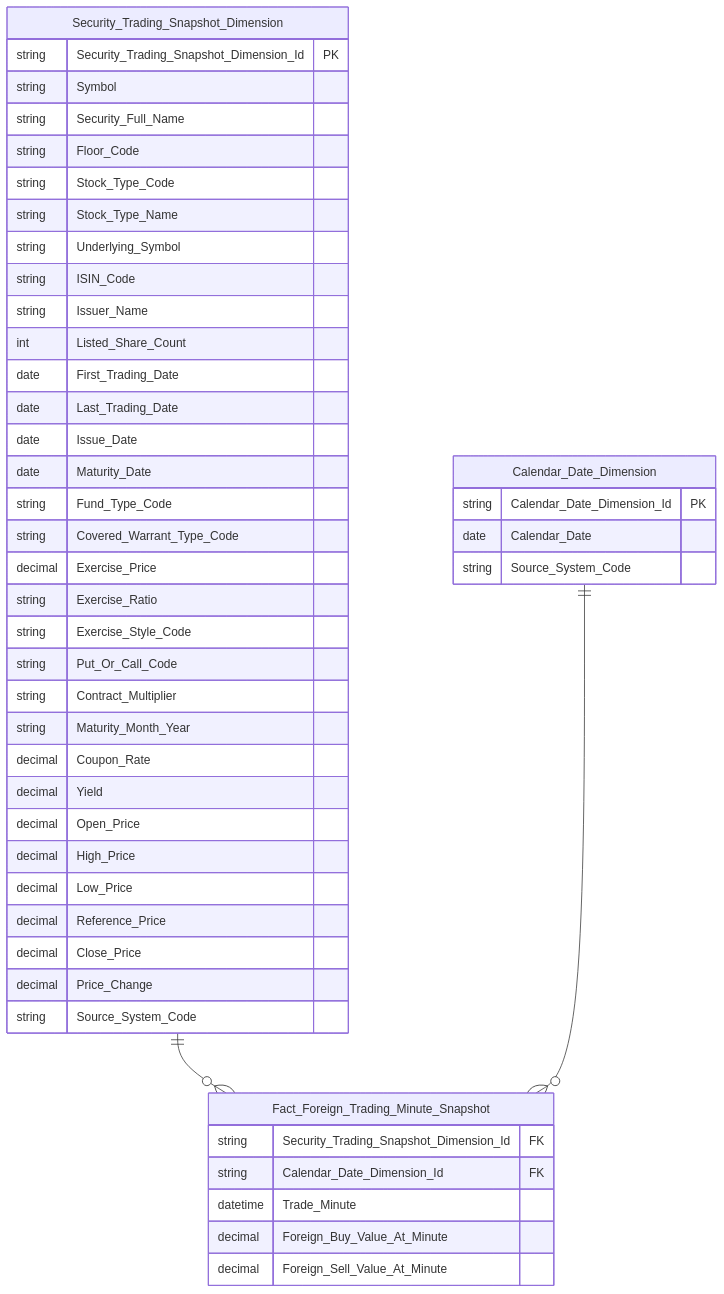
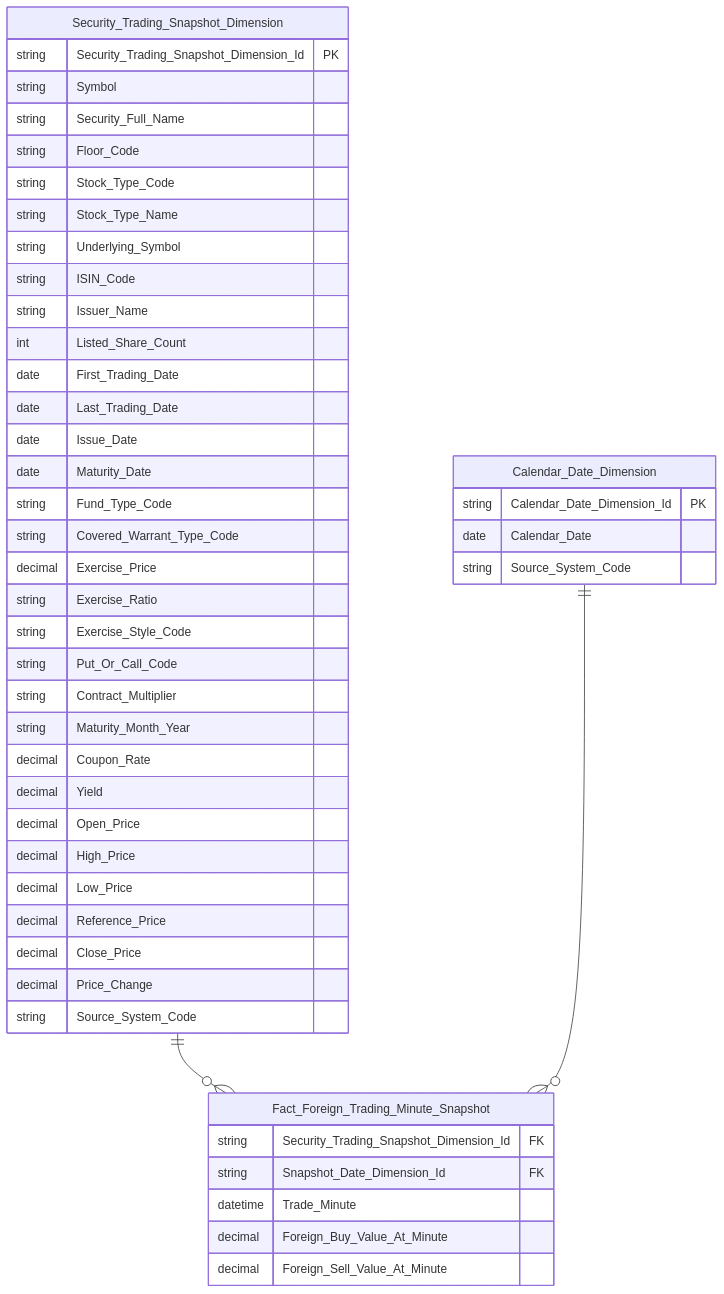
Before and after one commit to linhlvit/ubck_atomic_design: diagram 31 of 45 in Datamart/hld/DTM_GSTT_HLD.md, drawn with Mermaid. The commit also changed other lines of this file and 9 other files, not shown here.

````diff
--- a/Datamart/hld/DTM_GSTT_HLD.md
+++ b/Datamart/hld/DTM_GSTT_HLD.md
@@ -1701,50 +1706,50 @@
 ```mermaid
 erDiagram
     Security_Trading_Snapshot_Dimension ||--o{ Fact_Foreign_Trading_Minute_Snapshot : " "
     Calendar_Date_Dimension ||--o{ Fact_Foreign_Trading_Minute_Snapshot : " "
     Security_Trading_Snapshot_Dimension {
         string Security_Trading_Snapshot_Dimension_Id PK
         string Symbol
         string Security_Full_Name
         string Floor_Code
         string Stock_Type_Code
         string Stock_Type_Name
         string Underlying_Symbol
         string ISIN_Code
         string Issuer_Name
         int Listed_Share_Count
         date First_Trading_Date
         date Last_Trading_Date
         date Issue_Date
         date Maturity_Date
         string Fund_Type_Code
         string Covered_Warrant_Type_Code
         decimal Exercise_Price
         string Exercise_Ratio
         string Exercise_Style_Code
         string Put_Or_Call_Code
         string Contract_Multiplier
         string Maturity_Month_Year
         decimal Coupon_Rate
         decimal Yield
         decimal Open_Price
         decimal High_Price
         decimal Low_Price
         decimal Reference_Price
         decimal Close_Price
         decimal Price_Change
         string Source_System_Code
     }
     Calendar_Date_Dimension {
         string Calendar_Date_Dimension_Id PK
         date Calendar_Date
         string Source_System_Code
     }
     Fact_Foreign_Trading_Minute_Snapshot {
         string Security_Trading_Snapshot_Dimension_Id FK
-        string Calendar_Date_Dimension_Id FK
+        string Snapshot_Date_Dimension_Id FK
         datetime Trade_Minute
         decimal Foreign_Buy_Value_At_Minute
         decimal Foreign_Sell_Value_At_Minute
     }
 ```
````
